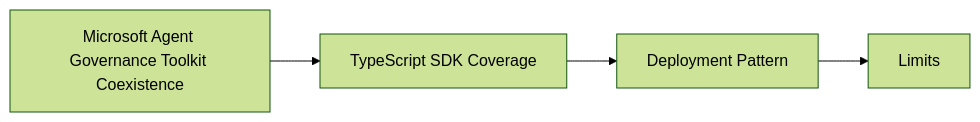
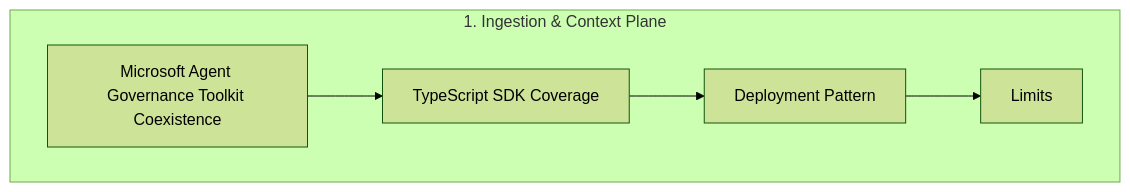
Before and after one commit to Mindburn-Labs/helm-ai-kernel: the diagram in docs/INTEGRATIONS/microsoft_agent_governance_toolkit.md, drawn with Mermaid (forest theme). The commit also changed other lines of this file and 330 other files, not shown here.

````diff
--- a/docs/INTEGRATIONS/microsoft_agent_governance_toolkit.md
+++ b/docs/INTEGRATIONS/microsoft_agent_governance_toolkit.md
@@ -37,10 +37,16 @@
 ```mermaid
-flowchart LR
-  Page["Microsoft Agent Governance Toolkit Coexistence"]
-  A["TypeScript SDK Coverage"]
-  B["Deployment Pattern"]
-  C["Limits"]
-  Page --> A
-  A --> B
-  B --> C
+flowchart TD
+    subgraph Ingestion["1. Ingestion & Context Plane"]
+        Page["Microsoft Agent Governance Toolkit Coexistence"]
+        A["TypeScript SDK Coverage"]
+        B["Deployment Pattern"]
+        C["Limits"]
+    end
+
+    %% Operational Flow Edges
+    Page --> A
+    A --> B
+    B --> C
+
+    %% Premium Styling Rules
 ```
````
